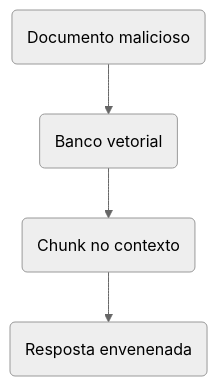
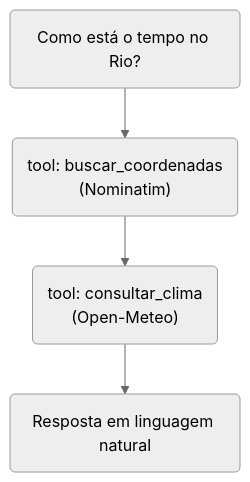
One commit to jcguimaraesnet/course-intelligent-agents changed the diagram in pages/block-project/slide-etapa1-7.md. Above: the diagram before and after it, drawn with Mermaid (neutral theme). The commit also changed other lines of this file and 3 other files, not shown here.

````diff
--- a/pages/block-project/slide-etapa1-7.md
+++ b/pages/block-project/slide-etapa1-7.md
@@ -376,10 +328,10 @@
 ```mermaid {theme: 'dark'}
 flowchart TD
-    A@{ shape: rounded, label: "Documento malicioso" }
-    B@{ shape: rounded, label: "Banco vetorial" }
-    C@{ shape: rounded, label: "Chunk no contexto" }
-    D@{ shape: rounded, label: "Resposta envenenada" }
+    A@{ shape: rounded, label: "Como está o tempo no Rio?" }
+    B@{ shape: rounded, label: "tool: buscar_coordenadas<br/>(Nominatim)" }
+    C@{ shape: rounded, label: "tool: consultar_clima<br/>(Open-Meteo)" }
+    D@{ shape: rounded, label: "Resposta em linguagem natural" }
     A --> B
     B --> C
     C --> D
 ```
````
